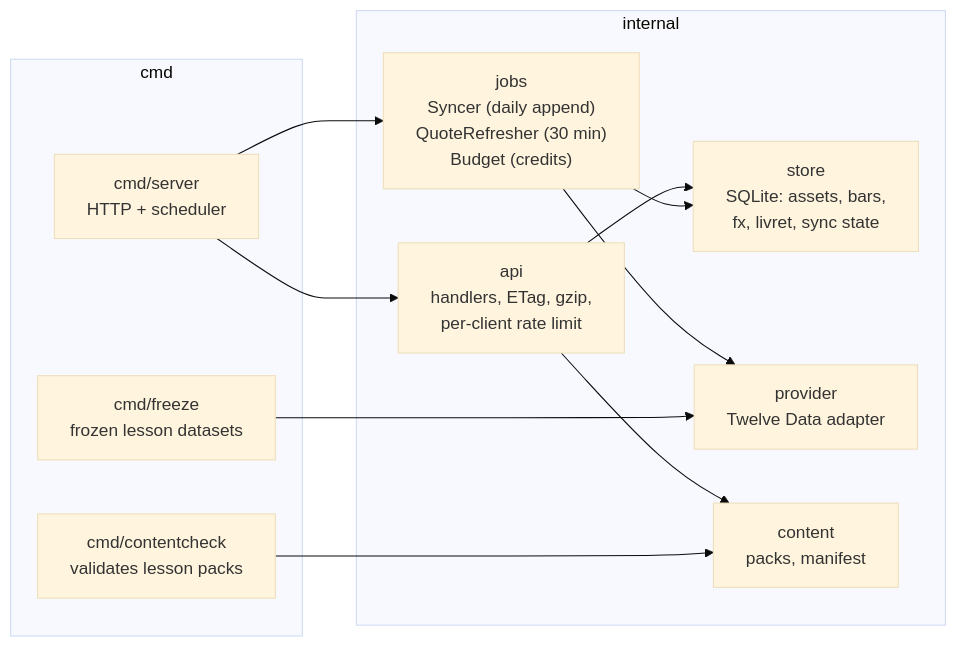
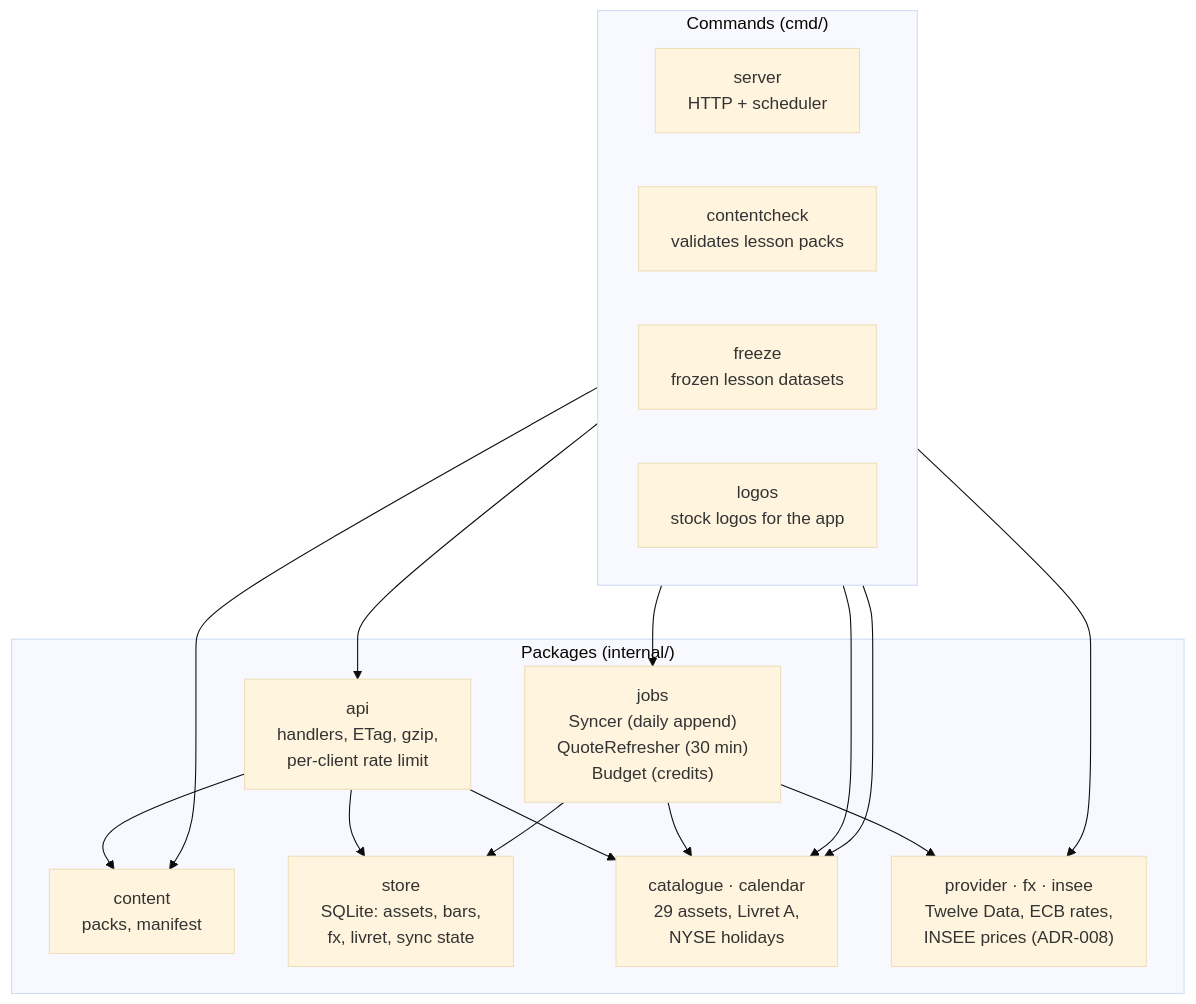
One commit to mikaellecam/motu changed the third of 5 diagrams in docs/report/architecture.md. Above: the diagram before and after it, drawn with Mermaid (base theme). The commit also changed other lines of this file and 31 other files, not shown here.

````diff
--- a/docs/report/architecture.md
+++ b/docs/report/architecture.md
@@ -77,20 +77,24 @@
 ```mermaid
-flowchart LR
-  subgraph cmd
-    server["cmd/server<br/>HTTP + scheduler"]
-    freeze["cmd/freeze<br/>frozen lesson datasets"]
-    check["cmd/contentcheck<br/>validates lesson packs"]
+flowchart TB
+  subgraph cmd["Commands (cmd/)"]
+    direction LR
+    server["server<br/>HTTP + scheduler"]
+    check["contentcheck<br/>validates lesson packs"]
+    freeze["freeze<br/>frozen lesson datasets"]
+    logos["logos<br/>stock logos for the app"]
   end
-  subgraph internal
+  subgraph internal["Packages (internal/)"]
     apih["api<br/>handlers, ETag, gzip,<br/>per-client rate limit"]
     jobs["jobs<br/>Syncer (daily append)<br/>QuoteRefresher (30 min)<br/>Budget (credits)"]
+    content["content<br/>packs, manifest"]
     store["store<br/>SQLite: assets, bars,<br/>fx, livret, sync state"]
-    prov["provider<br/>Twelve Data adapter"]
-    content["content<br/>packs, manifest"]
+    ref["catalogue · calendar<br/>29 assets, Livret A,<br/>NYSE holidays"]
+    src["provider · fx · insee<br/>Twelve Data, ECB rates,<br/>INSEE prices (ADR-008)"]
   end
   server --> apih & jobs
-  apih --> store & content
-  jobs --> prov & store
-  freeze --> prov
   check --> content
+  apih --> content & store & ref
+  jobs --> store & ref & src
+  freeze --> ref & src
+  logos --> ref
 ```
````
